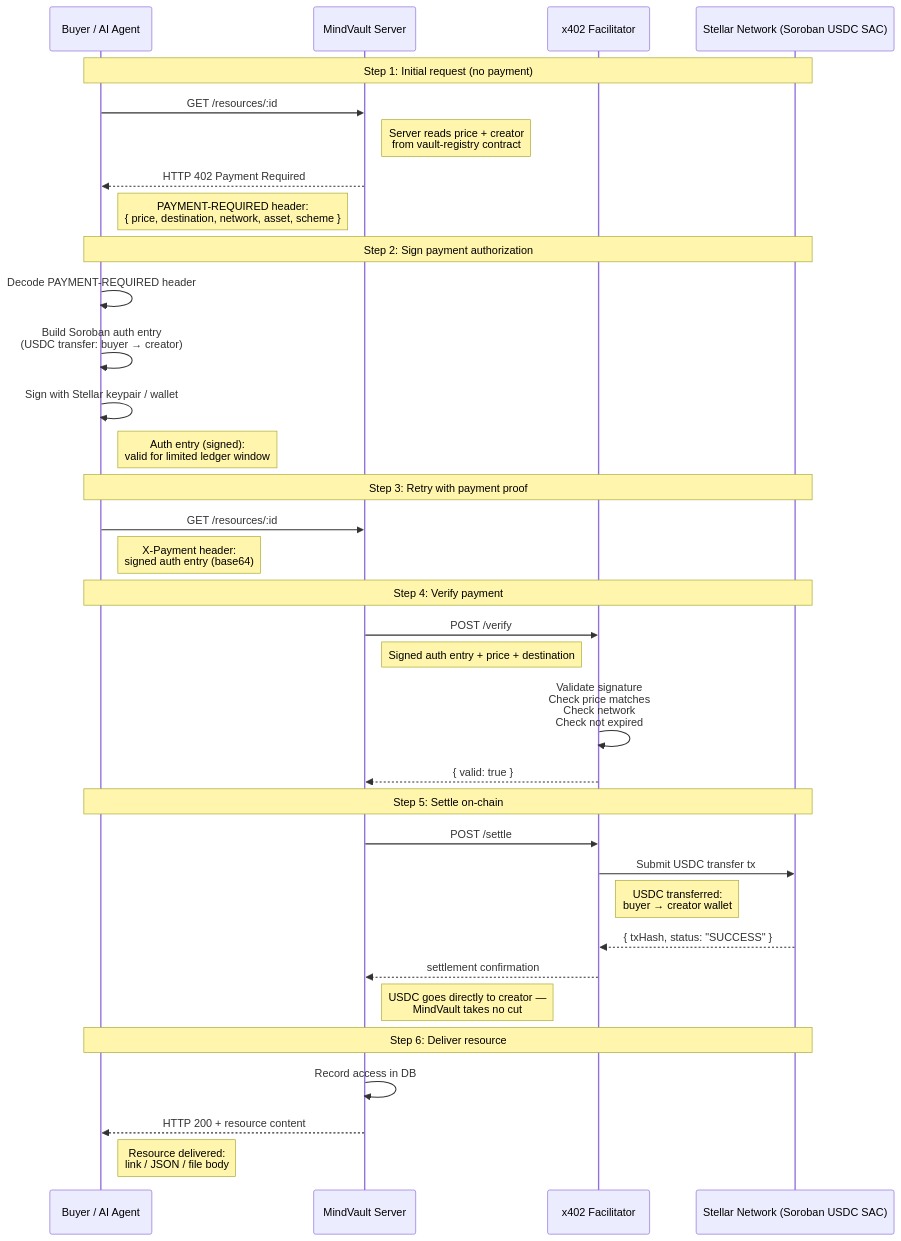
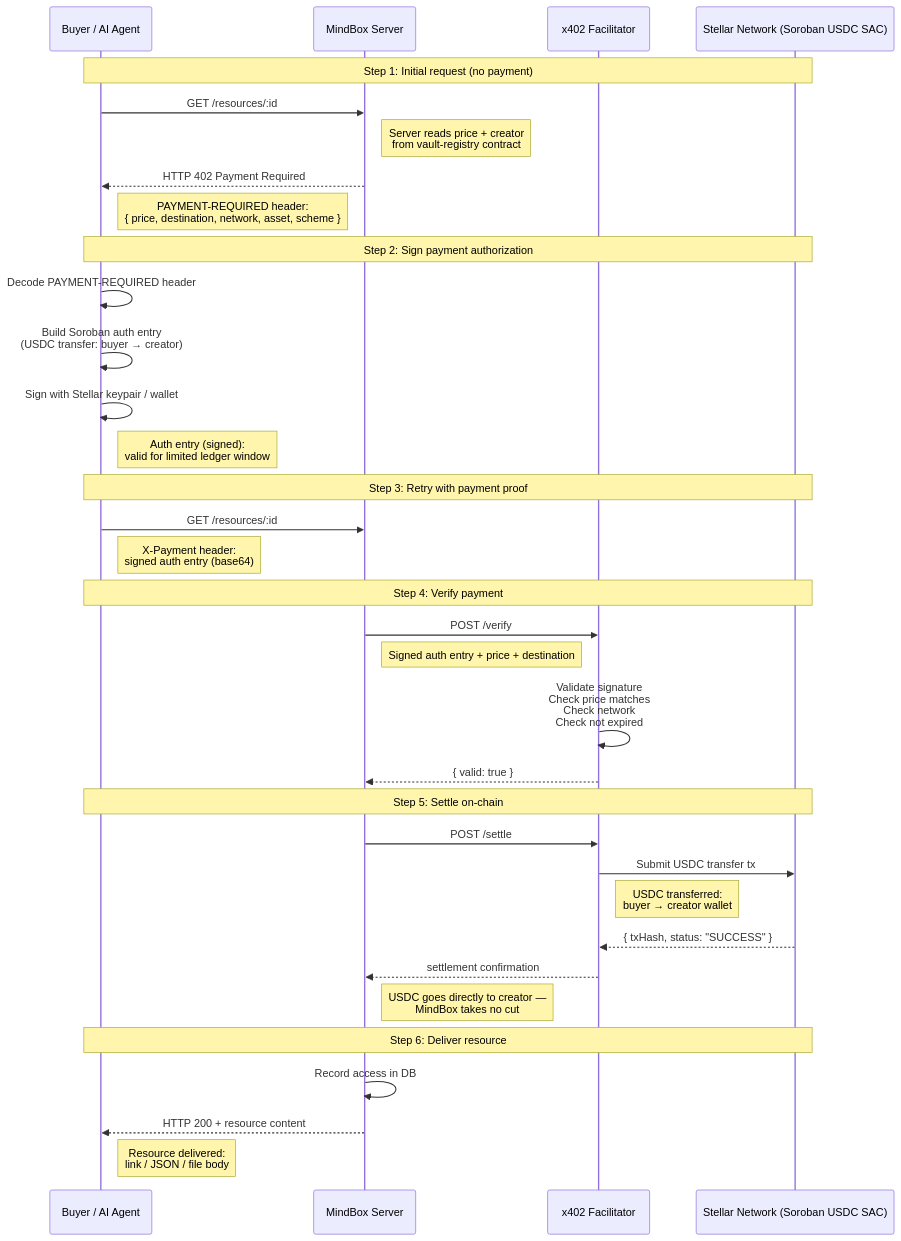
One commit to brite-side0/MIND-BOX changed the diagram in docs/x402-sequence-diagram.md. Above: the diagram before and after it, drawn with Mermaid. The commit also changed other lines of this file and 88 other files, not shown here.

First line of the commit message:
chore: rebrand fork to MIND-BOX and fix MCP build/tests

````diff
--- a/docs/x402-sequence-diagram.md
+++ b/docs/x402-sequence-diagram.md
@@ -5,42 +5,42 @@
 ```mermaid
 sequenceDiagram
     participant Buyer as Buyer / AI Agent
-    participant Server as MindVault Server
+    participant Server as MindBox Server
     participant Facilitator as x402 Facilitator
     participant Stellar as Stellar Network (Soroban USDC SAC)
 
     Note over Buyer,Stellar: Step 1: Initial request (no payment)
     Buyer->>Server: GET /resources/:id
     Note right of Server: Server reads price + creator<br/>from vault-registry contract
     Server-->>Buyer: HTTP 402 Payment Required
     Note right of Buyer: PAYMENT-REQUIRED header:<br/>{ price, destination, network, asset, scheme }
 
     Note over Buyer,Stellar: Step 2: Sign payment authorization
     Buyer->>Buyer: Decode PAYMENT-REQUIRED header
     Buyer->>Buyer: Build Soroban auth entry<br/>(USDC transfer: buyer → creator)
     Buyer->>Buyer: Sign with Stellar keypair / wallet
     Note right of Buyer: Auth entry (signed):<br/>valid for limited ledger window
 
     Note over Buyer,Stellar: Step 3: Retry with payment proof
     Buyer->>Server: GET /resources/:id
     Note right of Buyer: X-Payment header:<br/>signed auth entry (base64)
 
     Note over Buyer,Stellar: Step 4: Verify payment
     Server->>Facilitator: POST /verify
     Note right of Server: Signed auth entry + price + destination
     Facilitator->>Facilitator: Validate signature<br/>Check price matches<br/>Check network<br/>Check not expired
     Facilitator-->>Server: { valid: true }
 
     Note over Buyer,Stellar: Step 5: Settle on-chain
     Server->>Facilitator: POST /settle
     Facilitator->>Stellar: Submit USDC transfer tx
     Note right of Facilitator: USDC transferred:<br/>buyer → creator wallet
     Stellar-->>Facilitator: { txHash, status: "SUCCESS" }
     Facilitator-->>Server: settlement confirmation
-    Note right of Server: USDC goes directly to creator —<br/>MindVault takes no cut
+    Note right of Server: USDC goes directly to creator —<br/>MindBox takes no cut
 
     Note over Buyer,Stellar: Step 6: Deliver resource
     Server->>Server: Record access in DB
     Server-->>Buyer: HTTP 200 + resource content
     Note right of Buyer: Resource delivered:<br/>link / JSON / file body
 ```
````
